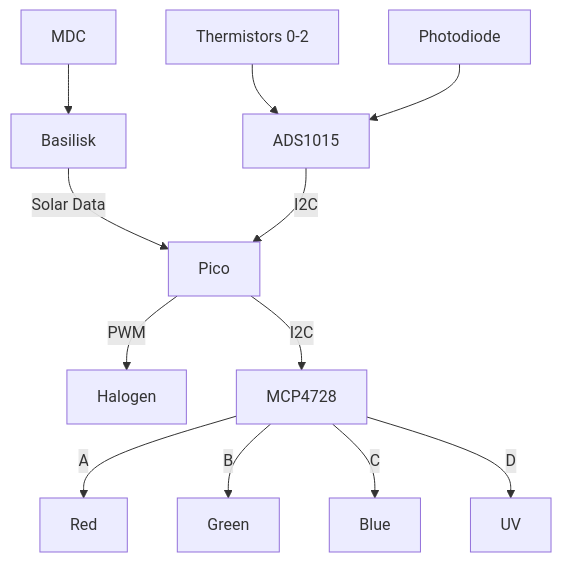
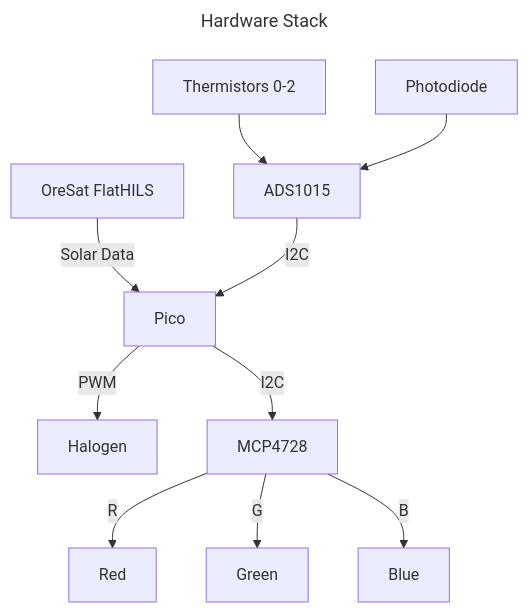
The diagram in README.md (oresat/oresat-solar-simulator-software), drawn with Mermaid before and after one commit. The commit also changed other lines of this file and 56 other files, not shown here.

````diff
--- a/README.md
+++ b/README.md
@@ -19,14 +11,16 @@
 ```mermaid
+---
+title: Hardware Stack
+---
+
 graph TD
-    A[MDC] --> B[Basilisk]
-    B -->|Solar Data| C[Pico]
-    C -->|PWM| H[Halogen]
-    E[ADS1015] -->|I2C| C
-    C -->|I2C| F[MCP4728]
-    T1[Thermistors 0-2] --> E
-    PD[Photodiode] --> E
-    F -->|A| R[Red]
-    F -->|B| G[Green]
-    F -->|C| L[Blue]
-    F -->|D| UV[UV]
+    A[OreSat FlatHILS] -->|Solar Data| B[Pico]
+    B -->|PWM| H[Halogen]
+    C[ADS1015] -->|I2C| B
+    B -->|I2C| F[MCP4728]
+    T1[Thermistors 0-2] --> C
+    PD[Photodiode] --> C
+    F -->|R| R[Red]
+    F -->|G| G[Green]
+    F -->|B| L[Blue]
 ```
````
